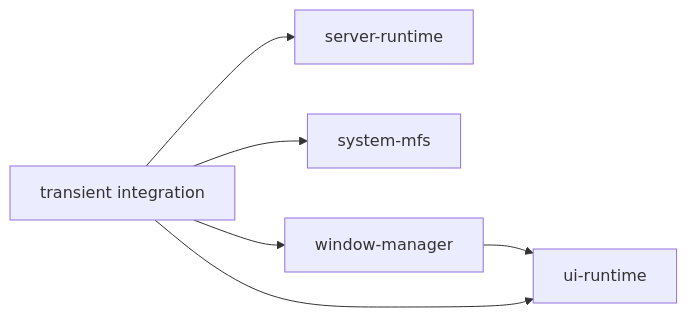
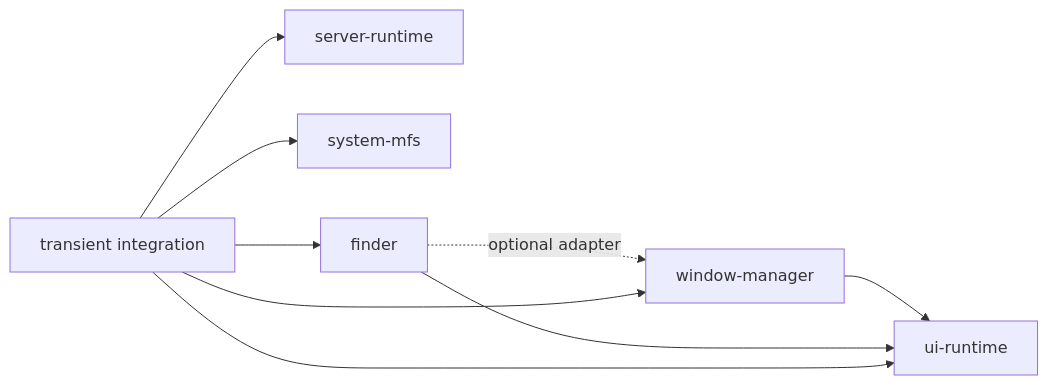
The diagram in docs/kernel/getting-started/02-repository-layout.md (drumee/drumee.github.io), drawn with Mermaid before and after one commit. The commit also changed other lines of this file and 11 other files, not shown here.

````diff
--- a/docs/kernel/getting-started/02-repository-layout.md
+++ b/docs/kernel/getting-started/02-repository-layout.md
@@ -21,13 +22,17 @@
 ```mermaid
 flowchart LR
   SR[server-runtime]
   UR[ui-runtime]
   SM[system-mfs]
   WM[window-manager]
+  F[finder]
   T[transient integration]
   WM --> UR
+  F --> UR
+  F -. optional adapter .-> WM
   T --> SR
   T --> UR
   T --> SM
   T --> WM
+  T --> F
 ```
````
